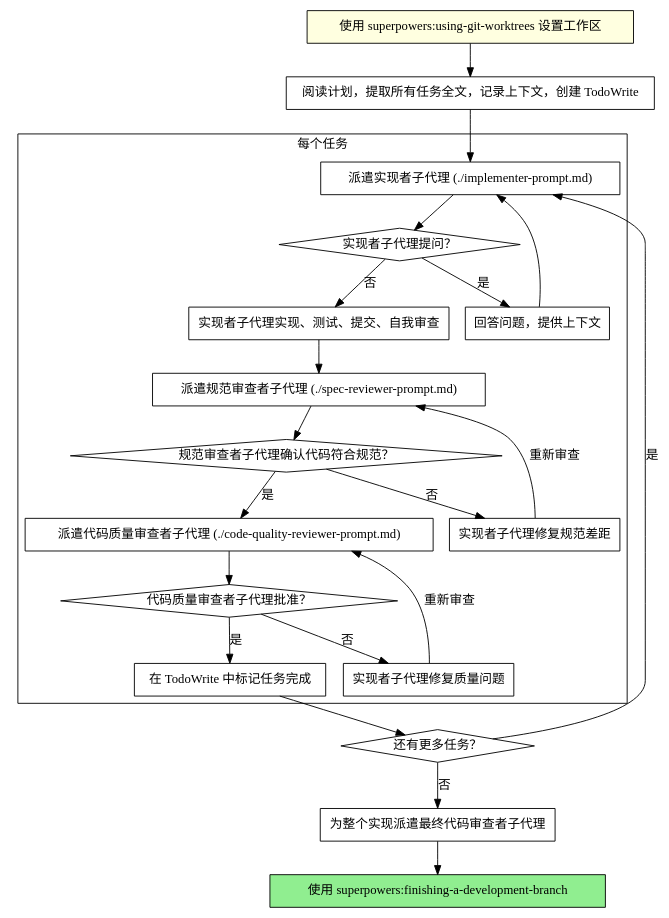
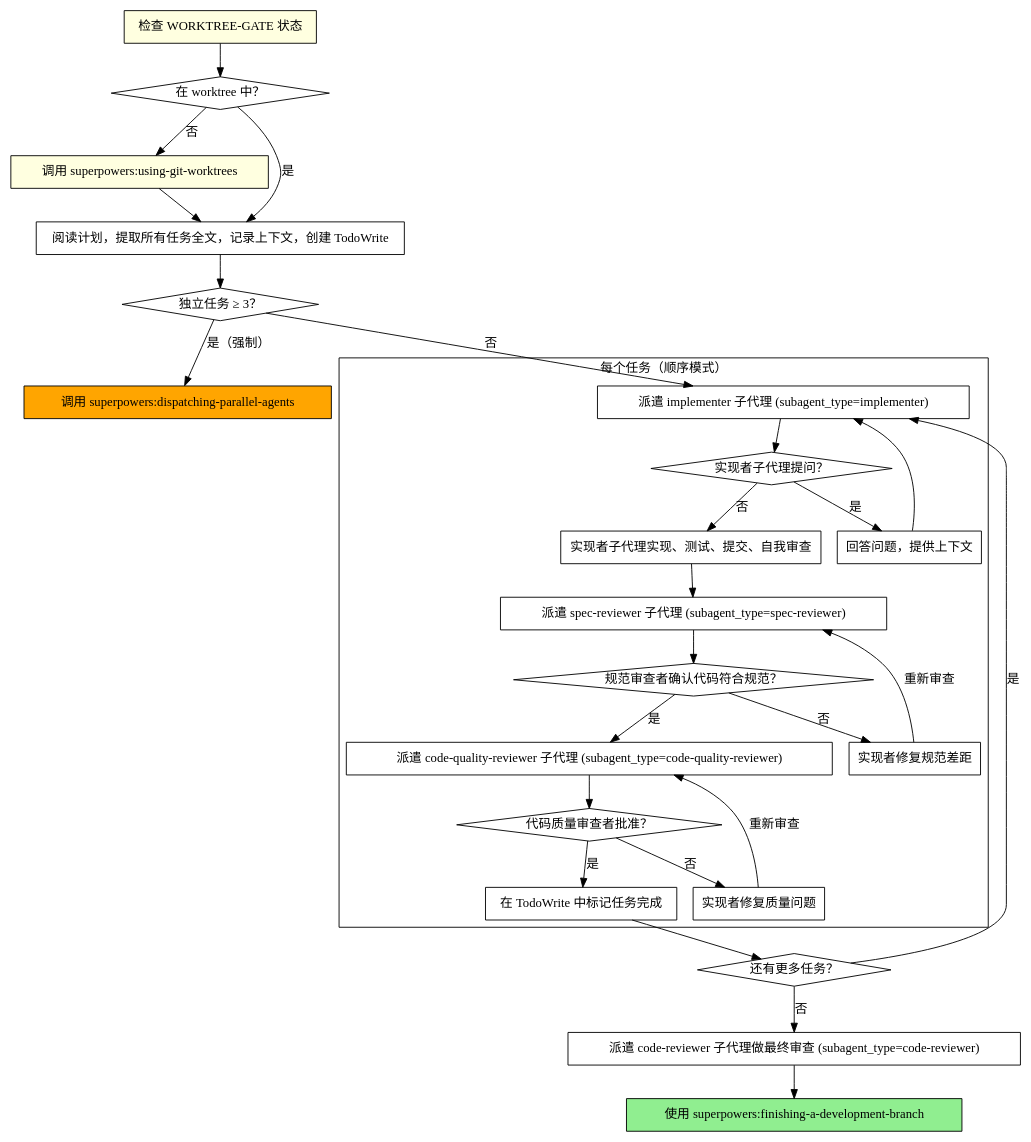
Before and after one commit to 772778995/ai-auto-chess: the second of 2 diagrams in .iflow/skills/subagent-driven-development/SKILL.md, drawn with Graphviz. The commit also changed other lines of this file and 8 other files, not shown here.

````diff
--- a/.iflow/skills/subagent-driven-development/SKILL.md
+++ b/.iflow/skills/subagent-driven-development/SKILL.md
@@ -69,47 +112,56 @@
 ```dot
 digraph process {
     rankdir=TB;
 
-    "使用 superpowers:using-git-worktrees 设置工作区" [shape=box style=filled fillcolor=lightyellow];
+    "检查 WORKTREE-GATE 状态" [shape=box style=filled fillcolor=lightyellow];
+    "在 worktree 中？" [shape=diamond];
+    "调用 superpowers:using-git-worktrees" [shape=box style=filled fillcolor=lightyellow];
+    "阅读计划，提取所有任务全文，记录上下文，创建 TodoWrite" [shape=box];
+    "独立任务 ≥ 3？" [shape=diamond];
+    "调用 superpowers:dispatching-parallel-agents" [shape=box style=filled fillcolor=orange];
 
     subgraph cluster_per_task {
-        label="每个任务";
-        "派遣实现者子代理 (./implementer-prompt.md)" [shape=box];
+        label="每个任务（顺序模式）";
+        "派遣 implementer 子代理 (subagent_type=implementer)" [shape=box];
         "实现者子代理提问？" [shape=diamond];
         "回答问题，提供上下文" [shape=box];
         "实现者子代理实现、测试、提交、自我审查" [shape=box];
-        "派遣规范审查者子代理 (./spec-reviewer-prompt.md)" [shape=box];
-        "规范审查者子代理确认代码符合规范？" [shape=diamond];
-        "实现者子代理修复规范差距" [shape=box];
-        "派遣代码质量审查者子代理 (./code-quality-reviewer-prompt.md)" [shape=box];
-        "代码质量审查者子代理批准？" [shape=diamond];
-        "实现者子代理修复质量问题" [shape=box];
+        "派遣 spec-reviewer 子代理 (subagent_type=spec-reviewer)" [shape=box];
+        "规范审查者确认代码符合规范？" [shape=diamond];
+        "实现者修复规范差距" [shape=box];
+        "派遣 code-quality-reviewer 子代理 (subagent_type=code-quality-reviewer)" [shape=box];
+        "代码质量审查者批准？" [shape=diamond];
+        "实现者修复质量问题" [shape=box];
         "在 TodoWrite 中标记任务完成" [shape=box];
     }
 
-    "阅读计划，提取所有任务全文，记录上下文，创建 TodoWrite" [shape=box];
     "还有更多任务？" [shape=diamond];
-    "为整个实现派遣最终代码审查者子代理" [shape=box];
+    "派遣 code-reviewer 子代理做最终审查 (subagent_type=code-reviewer)" [shape=box];
     "使用 superpowers:finishing-a-development-branch" [shape=box style=filled fillcolor=lightgreen];
 
-    "使用 superpowers:using-git-worktrees 设置工作区" -> "阅读计划，提取所有任务全文，记录上下文，创建 TodoWrite";
-    "阅读计划，提取所有任务全文，记录上下文，创建 TodoWrite" -> "派遣实现者子代理 (./implementer-prompt.md)";
-    "派遣实现者子代理 (./implementer-prompt.md)" -> "实现者子代理提问？";
+    "检查 WORKTREE-GATE 状态" -> "在 worktree 中？";
+    "在 worktree 中？" -> "调用 superpowers:using-git-worktrees" [label="否"];
+    "调用 superpowers:using-git-worktrees" -> "阅读计划，提取所有任务全文，记录上下文，创建 TodoWrite";
+    "在 worktree 中？" -> "阅读计划，提取所有任务全文，记录上下文，创建 TodoWrite" [label="是"];
+    "阅读计划，提取所有任务全文，记录上下文，创建 TodoWrite" -> "独立任务 ≥ 3？";
+    "独立任务 ≥ 3？" -> "调用 superpowers:dispatching-parallel-agents" [label="是（强制）"];
+    "独立任务 ≥ 3？" -> "派遣 implementer 子代理 (subagent_type=implementer)" [label="否"];
+    "派遣 implementer 子代理 (subagent_type=implementer)" -> "实现者子代理提问？";
     "实现者子代理提问？" -> "回答问题，提供上下文" [label="是"];
-    "回答问题，提供上下文" -> "派遣实现者子代理 (./implementer-prompt.md)";
+    "回答问题，提供上下文" -> "派遣 implementer 子代理 (subagent_type=implementer)";
     "实现者子代理提问？" -> "实现者子代理实现、测试、提交、自我审查" [label="否"];
-    "实现者子代理实现、测试、提交、自我审查" -> "派遣规范审查者子代理 (./spec-reviewer-prompt.md)";
-    "派遣规范审查者子代理 (./spec-reviewer-prompt.md)" -> "规范审查者子代理确认代码符合规范？";
-    "规范审查者子代理确认代码符合规范？" -> "实现者子代理修复规范差距" [label="否"];
-    "实现者子代理修复规范差距" -> "派遣规范审查者子代理 (./spec-reviewer-prompt.md)" [label="重新审查"];
-    "规范审查者子代理确认代码符合规范？" -> "派遣代码质量审查者子代理 (./code-quality-reviewer-prompt.md)" [label="是"];
-    "派遣代码质量审查者子代理 (./code-quality-reviewer-prompt.md)" -> "代码质量审查者子代理批准？";
-    "代码质量审查者子代理批准？" -> "实现者子代理修复质量问题" [label="否"];
-    "实现者子代理修复质量问题" -> "派遣代码质量审查者子代理 (./code-quality-reviewer-prompt.md)" [label="重新审查"];
-    "代码质量审查者子代理批准？" -> "在 TodoWrite 中标记任务完成" [label="是"];
+    "实现者子代理实现、测试、提交、自我审查" -> "派遣 spec-reviewer 子代理 (subagent_type=spec-reviewer)";
+    "派遣 spec-reviewer 子代理 (subagent_type=spec-reviewer)" -> "规范审查者确认代码符合规范？";
+    "规范审查者确认代码符合规范？" -> "实现者修复规范差距" [label="否"];
+    "实现者修复规范差距" -> "派遣 spec-reviewer 子代理 (subagent_type=spec-reviewer)" [label="重新审查"];
+    "规范审查者确认代码符合规范？" -> "派遣 code-quality-reviewer 子代理 (subagent_type=code-quality-reviewer)" [label="是"];
+    "派遣 code-quality-reviewer 子代理 (subagent_type=code-quality-reviewer)" -> "代码质量审查者批准？";
+    "代码质量审查者批准？" -> "实现者修复质量问题" [label="否"];
+    "实现者修复质量问题" -> "派遣 code-quality-reviewer 子代理 (subagent_type=code-quality-reviewer)" [label="重新审查"];
+    "代码质量审查者批准？" -> "在 TodoWrite 中标记任务完成" [label="是"];
     "在 TodoWrite 中标记任务完成" -> "还有更多任务？";
-    "还有更多任务？" -> "派遣实现者子代理 (./implementer-prompt.md)" [label="是"];
-    "还有更多任务？" -> "为整个实现派遣最终代码审查者子代理" [label="否"];
-    "为整个实现派遣最终代码审查者子代理" -> "使用 superpowers:finishing-a-development-branch";
+    "还有更多任务？" -> "派遣 implementer 子代理 (subagent_type=implementer)" [label="是"];
+    "还有更多任务？" -> "派遣 code-reviewer 子代理做最终审查 (subagent_type=code-reviewer)" [label="否"];
+    "派遣 code-reviewer 子代理做最终审查 (subagent_type=code-reviewer)" -> "使用 superpowers:finishing-a-development-branch";
 }
 ```
````
